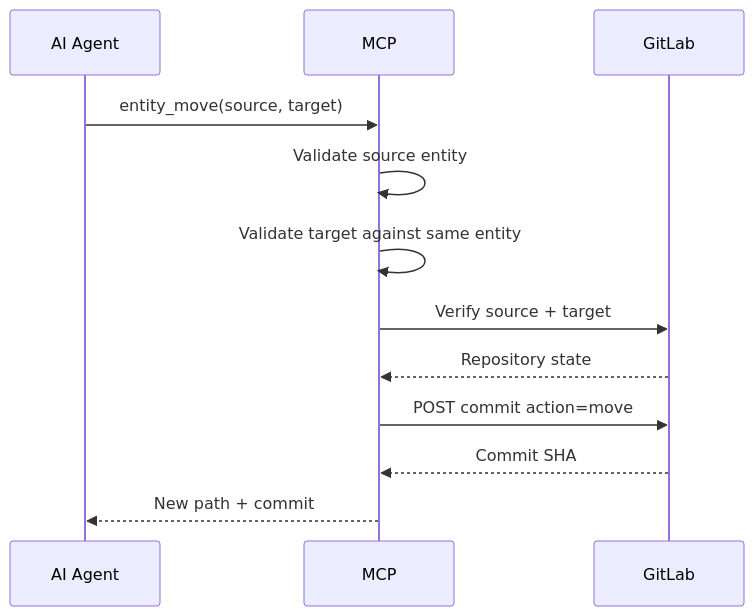
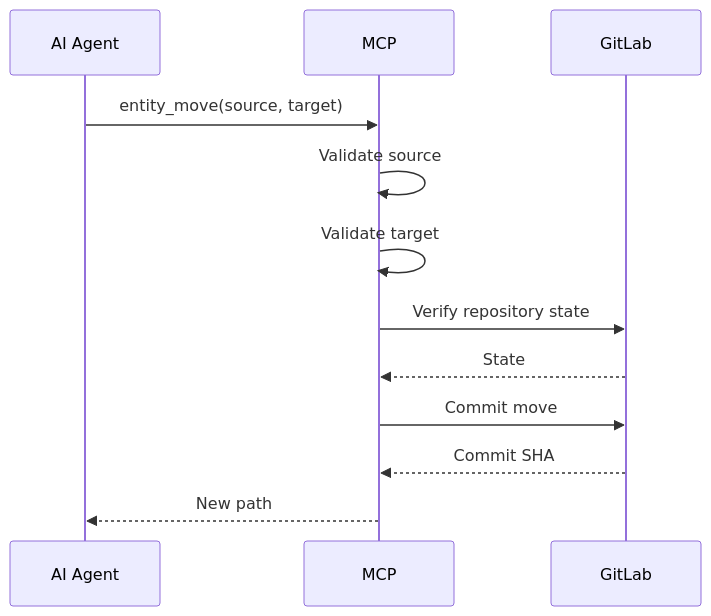
Before and after one commit to SkySai1/ArchRepoMCP: the ninth of 15 diagrams in AGENTS.md, drawn with Mermaid. The commit also changed other lines of this file, not shown here.

````diff
--- a/AGENTS.md
+++ b/AGENTS.md
@@ -938,15 +1217,15 @@
 ```mermaid
 sequenceDiagram
     participant A as AI Agent
     participant M as MCP
     participant G as GitLab
 
     A->>M: entity_move(source, target)
-    M->>M: Validate source entity
-    M->>M: Validate target against same entity
-    M->>G: Verify source + target
-    G-->>M: Repository state
-    M->>G: POST commit action=move
+    M->>M: Validate source
+    M->>M: Validate target
+    M->>G: Verify repository state
+    G-->>M: State
+    M->>G: Commit move
     G-->>M: Commit SHA
-    M-->>A: New path + commit
+    M-->>A: New path
 ```
````
